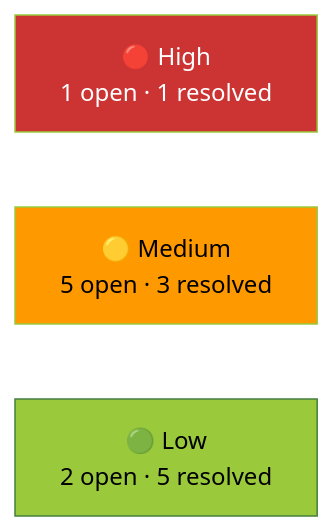
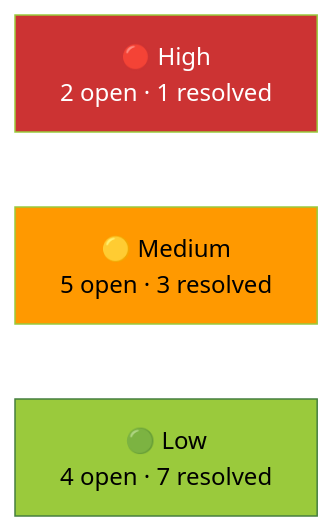
The diagram in docs/tech-debt.md (marcelofrau/xb-homebrew-vault), drawn with Mermaid (base theme) before and after one commit. The commit also changed other lines of this file and 10 other files, not shown here.

````diff
--- a/docs/tech-debt.md
+++ b/docs/tech-debt.md
@@ -260,10 +249,10 @@
 ```mermaid
 graph LR
-    H["🔴 High<br/>1 open · 1 resolved"]
+    H["🔴 High<br/>2 open · 1 resolved"]
     M["🟡 Medium<br/>5 open · 3 resolved"]
-    L["🟢 Low<br/>2 open · 5 resolved"]
+    L["🟢 Low<br/>4 open · 7 resolved"]
     
     style H fill:#CC3333,stroke:#9ACA3C,color:#fff
     style M fill:#FF9900,stroke:#9ACA3C,color:#000
     style L fill:#9ACA3C,stroke:#447F3E,color:#000
 ```
````
